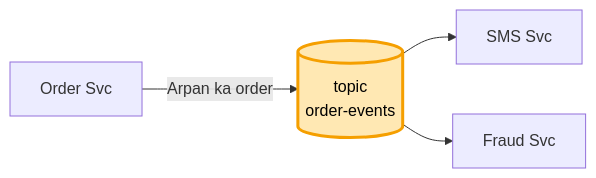
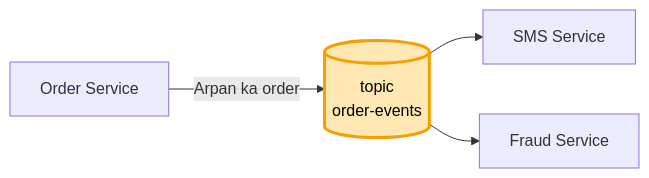
Before and after one commit to ArpanMaheshwari144/Prep: the first of 8 diagrams in 04_HLD/SYSTEM_DESIGNS/12_message_queue_kafka/kafka_concepts.md, drawn with Mermaid. The commit also changed other lines of this file and 8 other files, not shown here.

````diff
--- a/04_HLD/SYSTEM_DESIGNS/12_message_queue_kafka/kafka_concepts.md
+++ b/04_HLD/SYSTEM_DESIGNS/12_message_queue_kafka/kafka_concepts.md
@@ -15,7 +15,7 @@
 ```mermaid
 flowchart LR
-    O["Order Svc"] -- "Arpan ka order" --> T[("topic<br/>order-events")]
-    T --> S["SMS Svc"]
-    T --> F["Fraud Svc"]
+    O["Order Service"] -- "Arpan ka order" --> T[("topic<br/>order-events")]
+    T --> S["SMS Service"]
+    T --> F["Fraud Service"]
     style T fill:#ffe8b3,stroke:#f59f00,stroke-width:3px,color:#000
 ```
````
